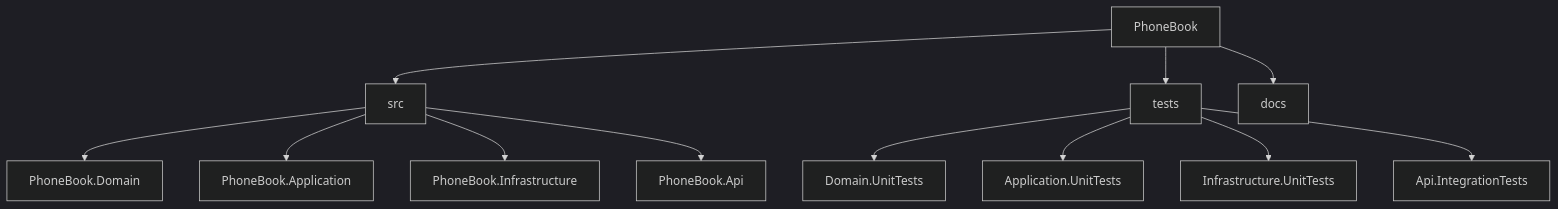
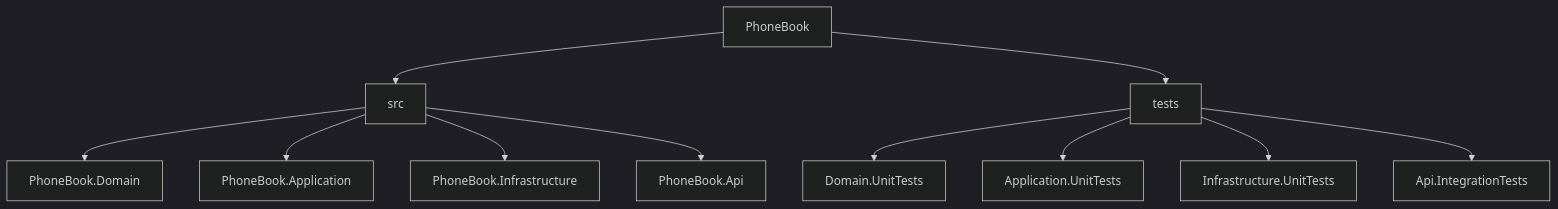
Before and after one commit to erfanehsrchl/PhoneBook: the third of 6 diagrams in README.fa.md, drawn with Mermaid (dark theme). The commit also changed other lines of this file, not shown here.

````diff
--- a/README.fa.md
+++ b/README.fa.md
@@ -116,15 +130,14 @@
 ```mermaid
 flowchart TD
     Root[PhoneBook]
     Root --> Src[src]
     Root --> Tests[tests]
-    Root --> Docs[docs]
     Src --> Domain[PhoneBook.Domain]
     Src --> Application[PhoneBook.Application]
     Src --> Infrastructure[PhoneBook.Infrastructure]
     Src --> Api[PhoneBook.Api]
     Tests --> DomainTests[Domain.UnitTests]
     Tests --> ApplicationTests[Application.UnitTests]
     Tests --> InfrastructureTests[Infrastructure.UnitTests]
     Tests --> ApiTests[Api.IntegrationTests]
 ```
````
